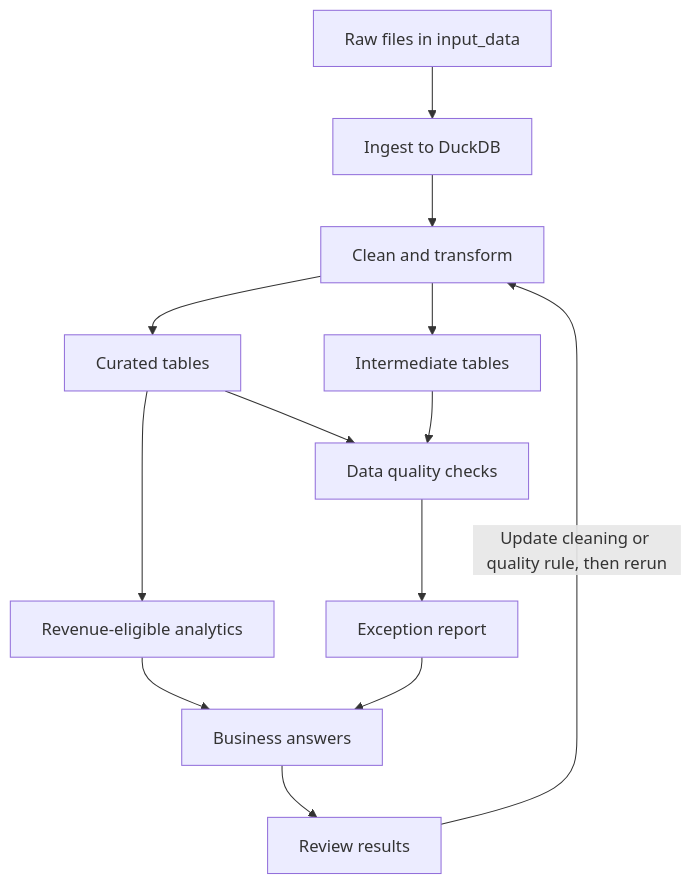
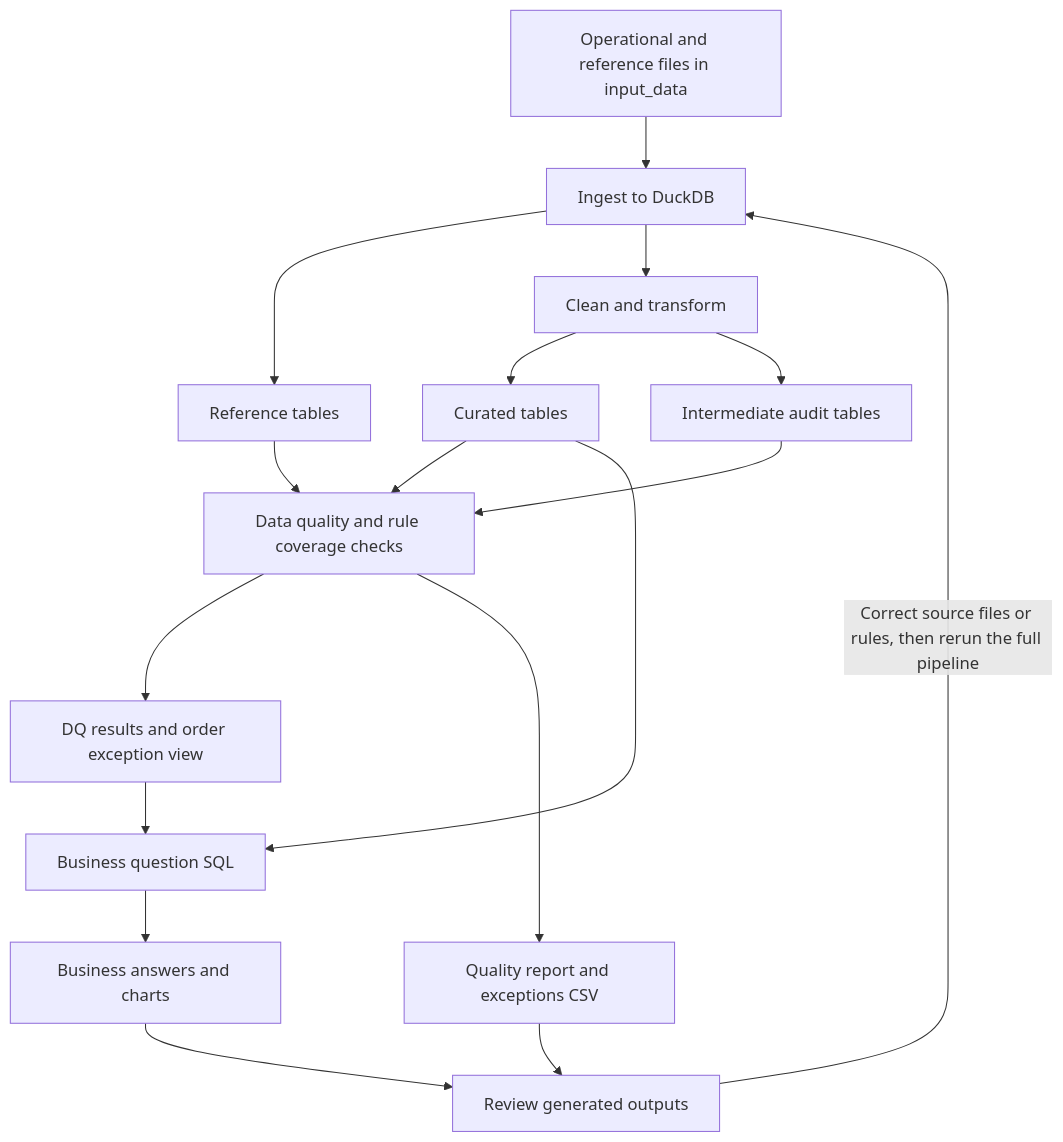
Before and after one commit to dahimbis/omni-retail-agentic-data-management: the diagram in README.md, drawn with Mermaid. The commit also changed other lines of this file, not shown here.

Commit message:
Clarify reporting and pipeline workflow

````diff
--- a/README.md
+++ b/README.md
@@ -56,20 +56,24 @@
 ```mermaid
 flowchart TD
-  A[Raw files in input_data] --> B[Ingest to DuckDB]
+  A[Operational and reference files in input_data] --> B[Ingest to DuckDB]
+  B --> R[Reference tables]
   B --> C[Clean and transform]
 
   C --> D[Curated tables]
-  C --> E[Intermediate tables]
+  C --> E[Intermediate audit tables]
 
-  D --> F[Data quality checks]
+  D --> F[Data quality and rule coverage checks]
   E --> F
+  R --> F
 
-  D --> G[Revenue-eligible analytics]
-  F --> H[Exception report]
+  F --> H[DQ results and order exception view]
+  D --> G[Business question SQL]
+  H --> G
 
-  G --> I[Business answers]
-  H --> I
+  F --> Q[Quality report and exceptions CSV]
+  G --> I[Business answers and charts]
 
-  I --> J[Review results]
-  J -->|Update cleaning or quality rule, then rerun| C
+  Q --> J[Review generated outputs]
+  I --> J
+  J -->|Correct source files or rules, then rerun the full pipeline| B
 ```
````
